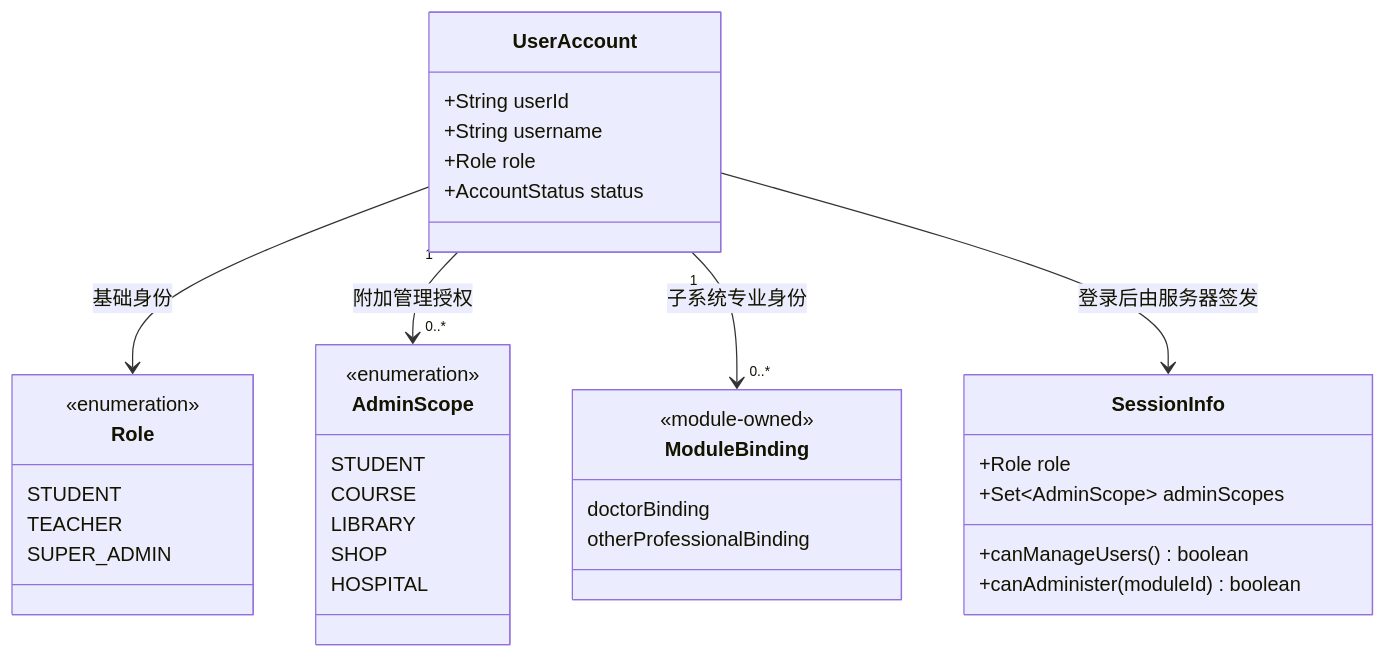
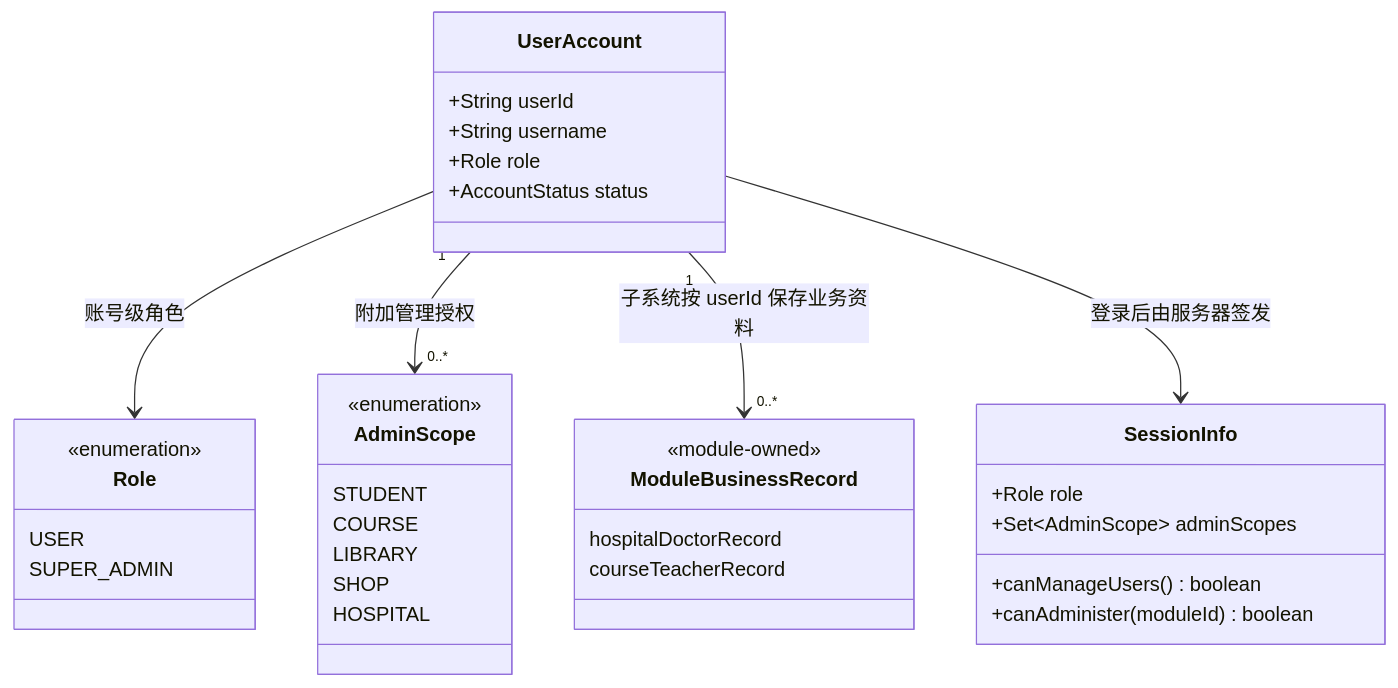
One commit to qlaxyy/JAVA-Campus-software changed the second of 4 diagrams in docs/design/SYSTEM_DESIGN.md. Above: the diagram before and after it, drawn with Mermaid. The commit also changed other lines of this file and 19 other files, not shown here.

First line of the commit message:
Refactor/global account role (#31)

````diff
--- a/docs/design/SYSTEM_DESIGN.md
+++ b/docs/design/SYSTEM_DESIGN.md
@@ -389,39 +389,38 @@
 ```mermaid
 classDiagram
     class UserAccount {
         +String userId
         +String username
         +Role role
         +AccountStatus status
     }
     class Role {
         <<enumeration>>
-        STUDENT
-        TEACHER
+        USER
         SUPER_ADMIN
     }
     class AdminScope {
         <<enumeration>>
         STUDENT
         COURSE
         LIBRARY
         SHOP
         HOSPITAL
     }
-    class ModuleBinding {
+    class ModuleBusinessRecord {
         <<module-owned>>
-        doctorBinding
-        otherProfessionalBinding
+        hospitalDoctorRecord
+        courseTeacherRecord
     }
     class SessionInfo {
         +Role role
         +Set~AdminScope~ adminScopes
         +canManageUsers() boolean
         +canAdminister(moduleId) boolean
     }
 
-    UserAccount --> Role : 基础身份
+    UserAccount --> Role : 账号级角色
     UserAccount "1" --> "0..*" AdminScope : 附加管理授权
-    UserAccount "1" --> "0..*" ModuleBinding : 子系统专业身份
+    UserAccount "1" --> "0..*" ModuleBusinessRecord : 子系统按 userId 保存业务资料
     UserAccount --> SessionInfo : 登录后由服务器签发
 ```
````
